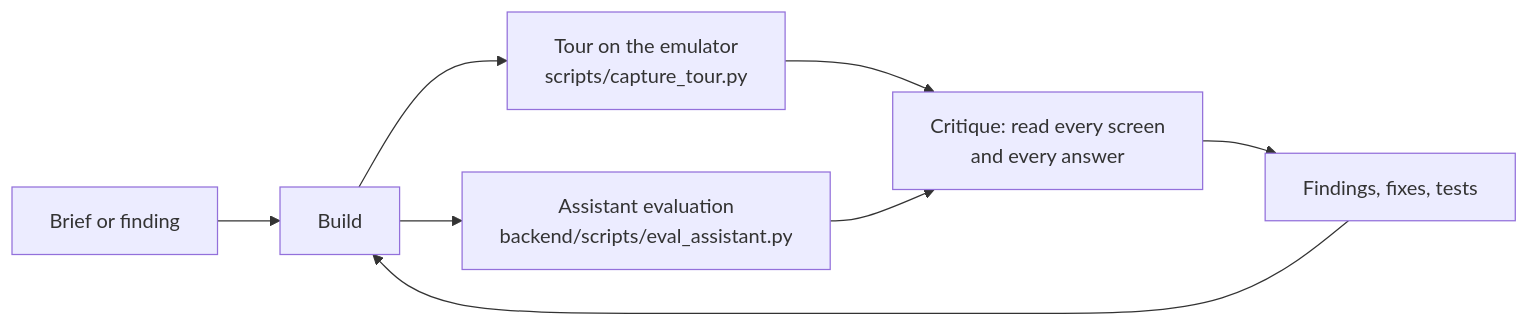
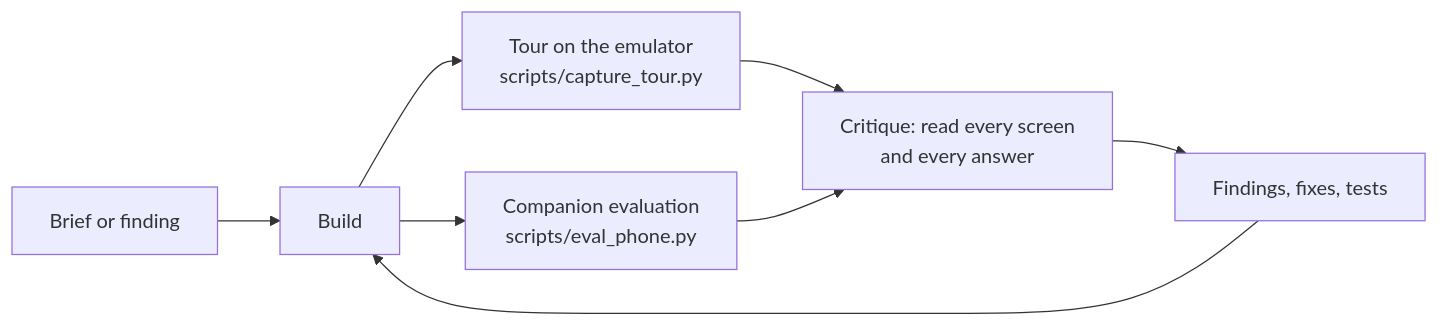
Before and after one commit to DhwaniMundra/satt_chitt_anand_yoga: the diagram in docs/iterations/README.md, drawn with Mermaid. The commit also changed other lines of this file and 19 other files, not shown here.

````diff
--- a/docs/iterations/README.md
+++ b/docs/iterations/README.md
@@ -5,10 +5,10 @@
 ```mermaid
 flowchart LR
     A[Brief or finding] --> B[Build]
     B --> C[Tour on the emulator<br/>scripts/capture_tour.py]
-    B --> D[Assistant evaluation<br/>backend/scripts/eval_assistant.py]
+    B --> D[Companion evaluation<br/>scripts/eval_phone.py]
     C --> E[Critique: read every screen<br/>and every answer]
     D --> E
     E --> F[Findings, fixes, tests]
     F --> B
 ```
````
